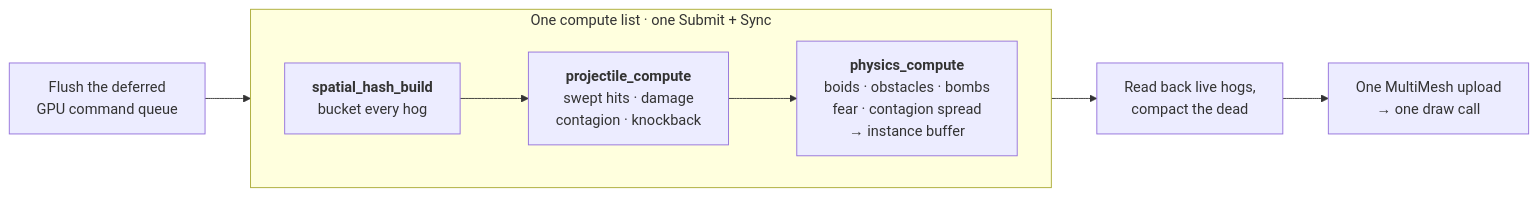
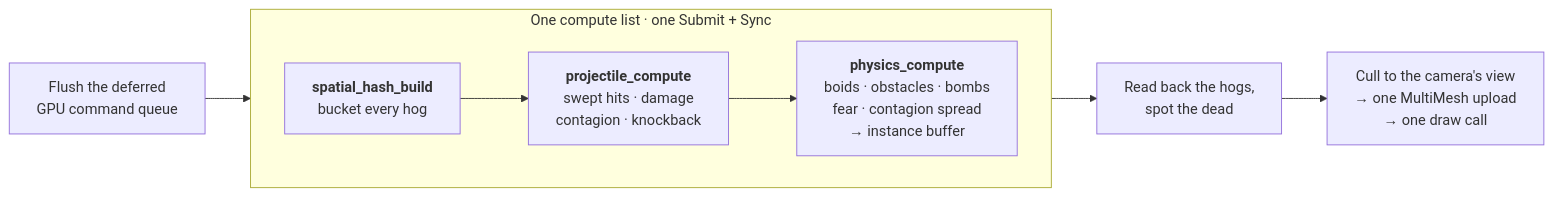
The diagram in README.md (godotmancer/Explosion-Squad-Game), drawn with Mermaid before and after one commit. The commit also changed other lines of this file and 7 other files, not shown here.

First line of the commit message:
Cull hogs to the camera's view: 100k hogs from 65 to 97 fps

````diff
--- a/README.md
+++ b/README.md
@@ -156,12 +165,12 @@
 ```mermaid
 flowchart LR
     Q["Flush the deferred<br/>GPU command queue"]
     subgraph GPU["One compute list · one Submit + Sync"]
         direction LR
         H["<b>spatial_hash_build</b><br/>bucket every hog"] --> P["<b>projectile_compute</b><br/>swept hits · damage<br/>contagion · knockback"]
         P --> B["<b>physics_compute</b><br/>boids · obstacles · bombs<br/>fear · contagion spread<br/>→ instance buffer"]
     end
     Q --> H
-    B --> R["Read back live hogs,<br/>compact the dead"]
-    R --> M["One MultiMesh upload<br/>→ one draw call"]
+    B --> R["Read back the hogs,<br/>spot the dead"]
+    R --> M["Cull to the camera's view<br/>→ one MultiMesh upload<br/>→ one draw call"]
 ```
````
